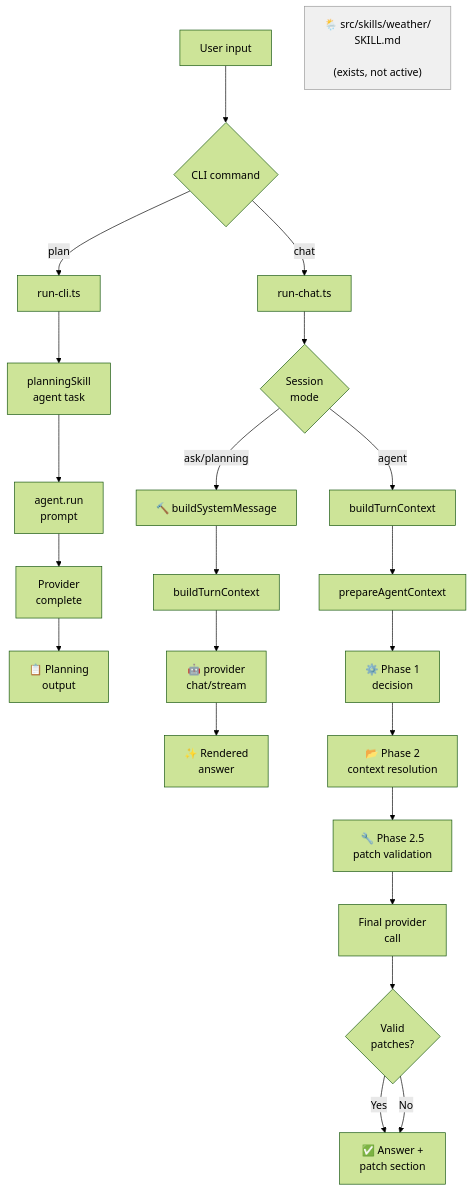
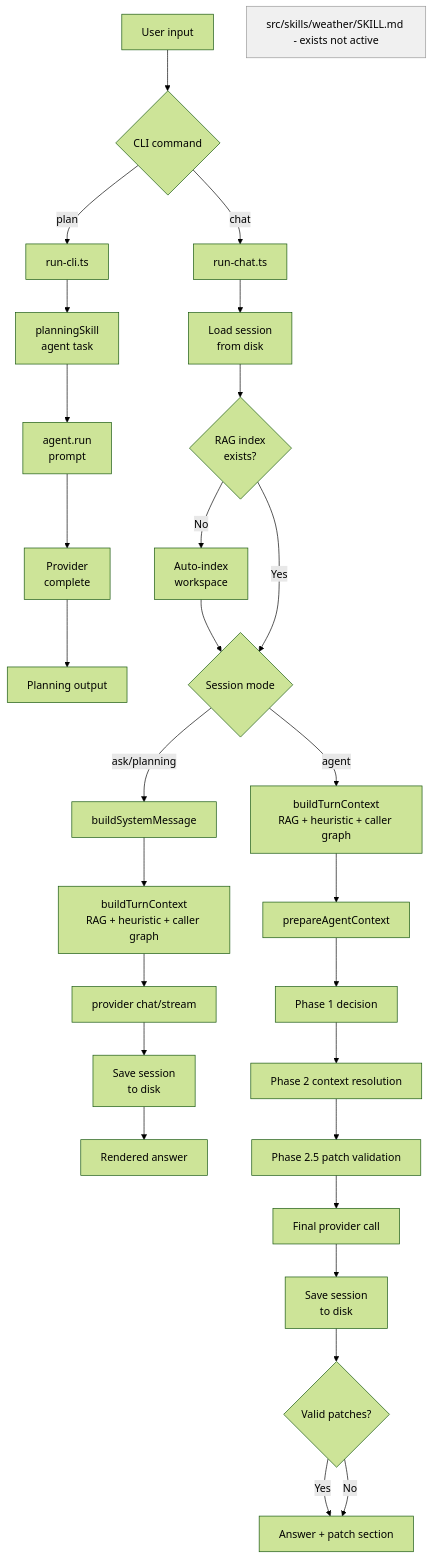
One commit to lucasaguilar/rei changed the second of 2 diagrams in README.md. Above: the diagram before and after it, drawn with Mermaid (forest theme). The commit also changed other lines of this file and 33 other files, not shown here.

````diff
--- a/README.md
+++ b/README.md
@@ -520,31 +629,37 @@
 ```mermaid
 flowchart TD
   A[User input] --> B{CLI command}
 
   B -->|plan| C[run-cli.ts]
   C --> D[planningSkill<br/>agent task]
   D --> E[agent.run<br/>prompt]
   E --> F[Provider<br/>complete]
-  F --> G["📋 Planning<br/>output"]
+  F --> G[Planning output]
 
   B -->|chat| H[run-chat.ts]
-  H --> I{Session<br/>mode}
+  H --> HS[Load session<br/>from disk]
+  HS --> AI{RAG index<br/>exists?}
+  AI -->|No| AI2[Auto-index<br/>workspace]
+  AI2 --> I{Session mode}
+  AI -->|Yes| I
 
-  I -->|ask/planning| J["🔨 buildSystemMessage"]
-  J --> K[buildTurnContext]
-  K --> L["🤖 provider<br/>chat/stream"]
-  L --> M["✨ Rendered<br/>answer"]
+  I -->|ask/planning| J[buildSystemMessage]
+  J --> K[buildTurnContext<br/>RAG + heuristic + caller graph]
+  K --> L[provider chat/stream]
+  L --> LS[Save session<br/>to disk]
+  LS --> M[Rendered answer]
 
-  I -->|agent| N[buildTurnContext]
+  I -->|agent| N[buildTurnContext<br/>RAG + heuristic + caller graph]
   N --> O[prepareAgentContext]
-  O --> P["⚙️ Phase 1<br/>decision"]
-  P --> Q["📂 Phase 2<br/>context resolution"]
-  Q --> R["🔧 Phase 2.5<br/>patch validation"]
-  R --> S[Final provider<br/>call]
-  S --> T{Valid<br/>patches?}
-  T -->|Yes| U["✅ Answer +<br/>patch section"]
+  O --> P[Phase 1 decision]
+  P --> Q[Phase 2 context resolution]
+  Q --> R[Phase 2.5 patch validation]
+  R --> S[Final provider call]
+  S --> SLS[Save session<br/>to disk]
+  SLS --> T{Valid patches?}
+  T -->|Yes| U[Answer + patch section]
   T -->|No| U
 
   style V fill:#f0f0f0,stroke:#999
-  V["🌦️ src/skills/weather/<br/>SKILL.md<br/><br/>(exists, not active)"]
+  V[src/skills/weather/SKILL.md - exists not active]
 ```
````
